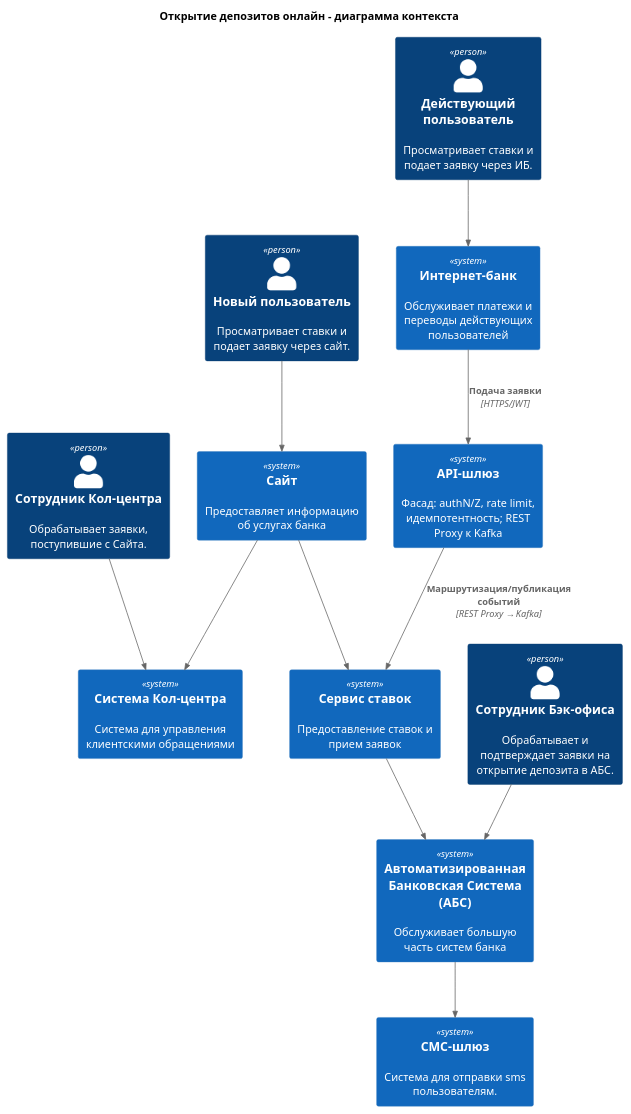
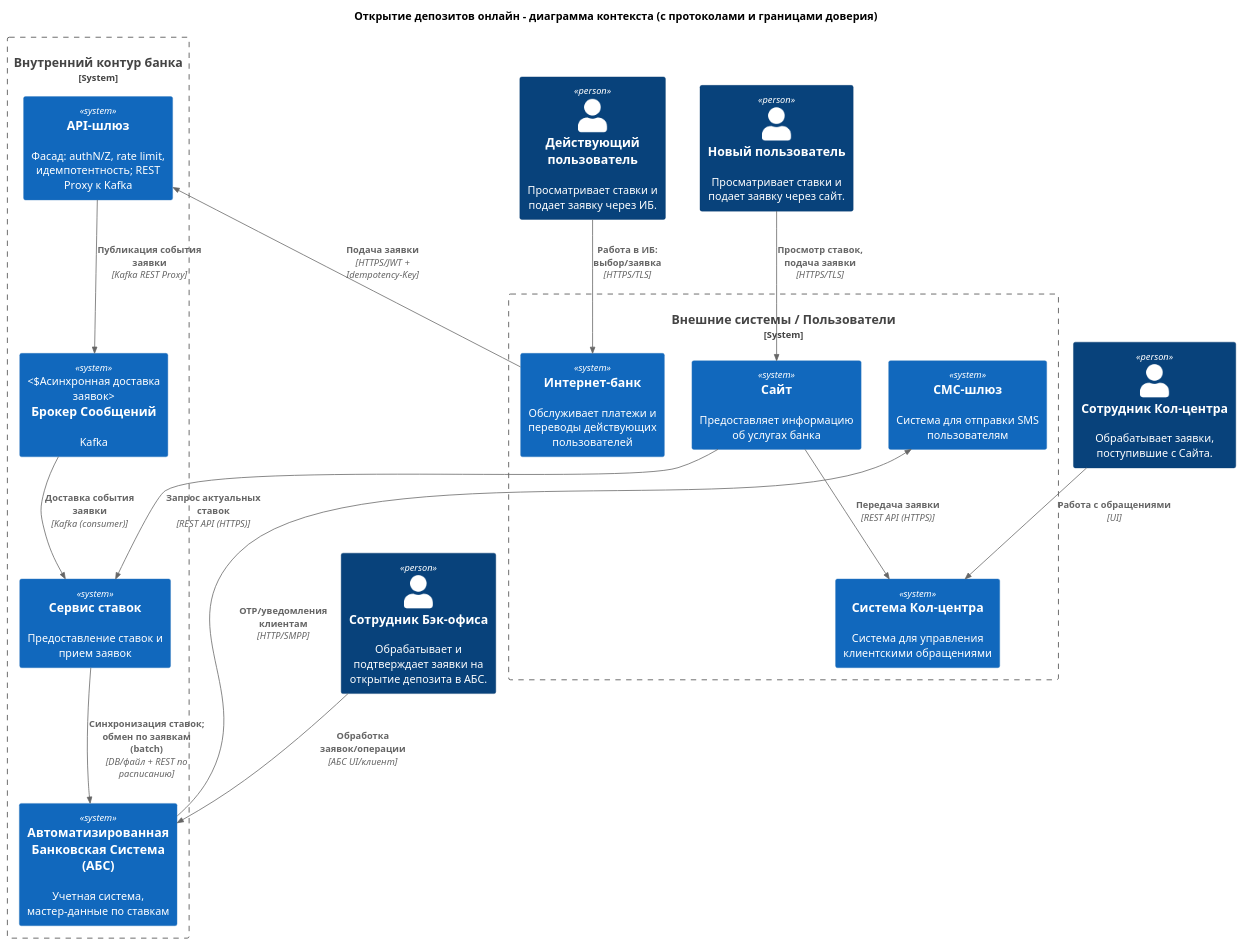
Before and after one commit to dmitryVargin/acrhitecture-pro-stakeholders: the diagram in task3/Context.puml, drawn with PlantUML. The commit also changed 2 other files, not shown here.

```diff
--- a/task3/Context.puml
+++ b/task3/Context.puml
@@ -2,37 +2,45 @@
 @startuml Context
 !include https://raw.githubusercontent.com/plantuml-stdlib/C4-PlantUML/master/C4_Context.puml
 
 
-title Открытие депозитов онлайн - диаграмма контекста
+title Открытие депозитов онлайн - диаграмма контекста (с протоколами и границами доверия)
 
 Person(new_user, "Новый пользователь", "Просматривает ставки и подает заявку через сайт.")
 Person(existing_user, "Действующий пользователь", "Просматривает ставки и подает заявку через ИБ.")
 Person(cc_manager, "Сотрудник Кол-центра", "Обрабатывает заявки, поступившие с Сайта.")
 Person(bo_manager, "Сотрудник Бэк-офиса", "Обрабатывает и подтверждает заявки на открытие депозита в АБС.")
 
-
-System(abs, "Автоматизированная Банковская Система (АБС)", "Обслуживает большую часть систем банка")
-System(scc, "Система Кол-центра", "Система для управления клиентскими обращениями")
-System(sms_gateway, "СМС-шлюз", "Система для отправки sms пользователям.")
-System(website, "Сайт", "Предоставляет информацию об услугах банка")
-System(ib, "Интернет-банк", "Обслуживает платежи и переводы действующих пользователей")
-System(deposit_service, "Сервис ставок", "Предоставление ставок и прием заявок ")
-System(api_gateway, "API‑шлюз", "Фасад: authN/Z, rate limit, идемпотентность; REST Proxy к Kafka")
+' Границы доверия
+System_Boundary(ext, "Внешние системы / Пользователи") {
+  System(website, "Сайт", "Предоставляет информацию об услугах банка")
+  System(ib, "Интернет-банк", "Обслуживает платежи и переводы действующих пользователей")
+  System(scc, "Система Кол-центра", "Система для управления клиентскими обращениями")
+  System(sms_gateway, "СМС-шлюз", "Система для отправки SMS пользователям")
+}
 
 
-Rel(new_user, website, )
-Rel(existing_user, ib, )
+System_Boundary(internal, "Внутренний контур банка") {
+  System(api_gateway, "API‑шлюз", "Фасад: authN/Z, rate limit, идемпотентность; REST Proxy к Kafka")
+  System(kafka, "Брокер Сообщений", "Kafka", "Асинхронная доставка заявок")
+  System(abs, "Автоматизированная Банковская Система (АБС)", "Учетная система, мастер‑данные по ставкам")
+  System(deposit_service, "Сервис ставок", "Предоставление ставок и прием заявок")
+}
 
-Rel(website, deposit_service, )
-Rel(ib, api_gateway, "Подача заявки", "HTTPS/JWT")
-Rel(api_gateway, deposit_service, "Маршрутизация/публикация событий", "REST Proxy → Kafka")
+' Направления и протоколы
+Rel(new_user, website, "Просмотр ставок, подача заявки", "HTTPS/TLS")
+Rel(existing_user, ib, "Работа в ИБ: выбор/заявка", "HTTPS/TLS")
 
-Rel(deposit_service, abs, )
-Rel(abs, sms_gateway, )
+Rel(website, deposit_service, "Запрос актуальных ставок", "REST API (HTTPS)")
+Rel(ib, api_gateway, "Подача заявки", "HTTPS/JWT + Idempotency-Key")
+Rel(api_gateway, kafka, "Публикация события заявки", "Kafka REST Proxy")
+Rel(kafka, deposit_service, "Доставка события заявки", "Kafka (consumer)")
 
-Rel(website, scc, )
+Rel(deposit_service, abs, "Синхронизация ставок; обмен по заявкам (batch)", "DB/файл + REST по расписанию")
+Rel(abs, sms_gateway, "OTP/уведомления клиентам", "HTTP/SMPP")
 
-Rel(bo_manager, abs, )
-Rel(cc_manager, scc, )
+Rel(website, scc, "Передача заявки", "REST API (HTTPS)")
+
+Rel(bo_manager, abs, "Обработка заявок/операции", "АБС UI/клиент")
+Rel(cc_manager, scc, "Работа с обращениями", "UI")
 
 @enduml
```
